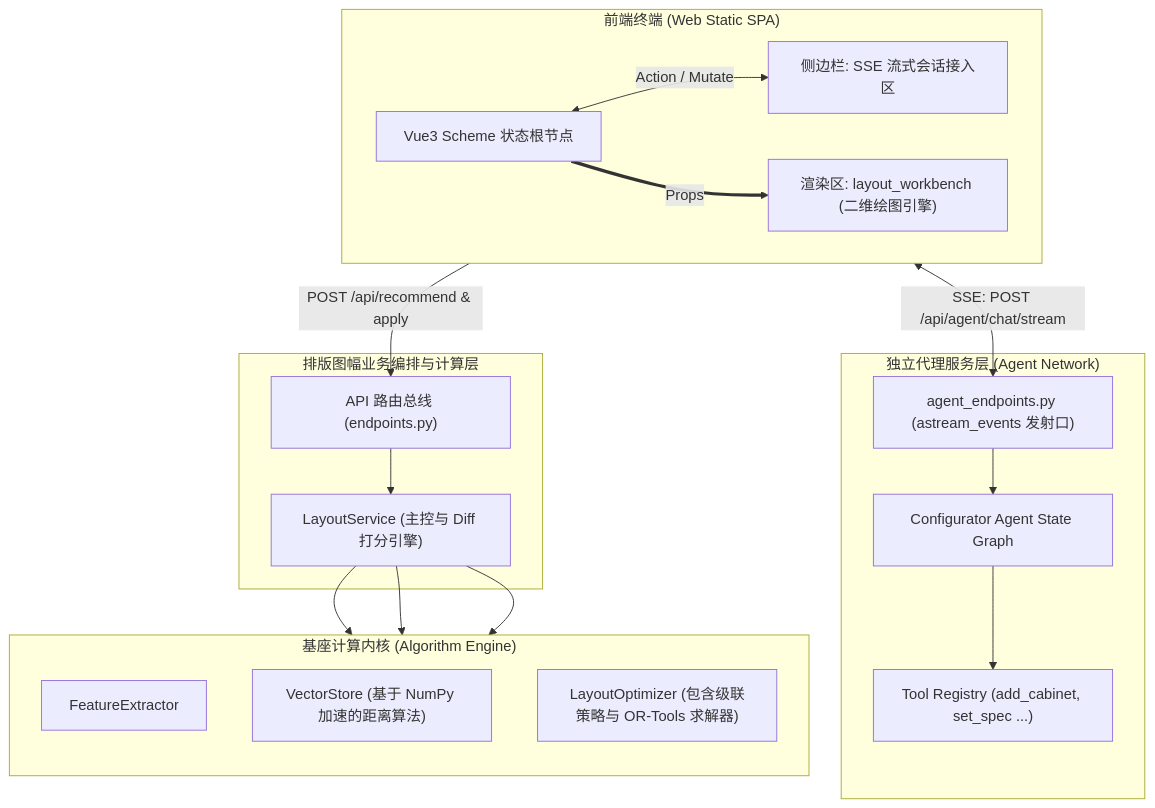
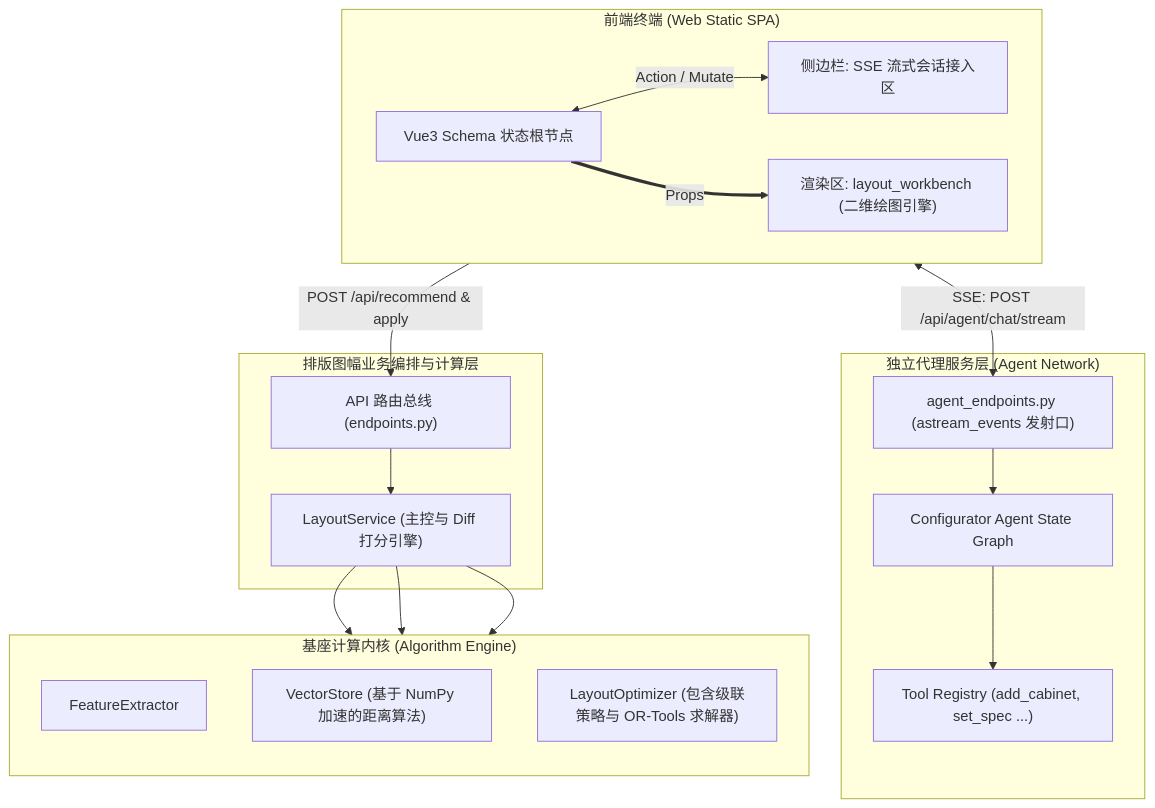
Before and after one commit to xtolly/layout-rag: the diagram in docs/4_系统架构图.md, drawn with Mermaid. The commit also changed other lines of this file and 590 other files, not shown here.

````diff
--- a/docs/4_系统架构图.md
+++ b/docs/4_系统架构图.md
@@ -7,41 +7,41 @@
 ```mermaid
 graph TB
     subgraph Frontend_App ["前端终端 (Web Static SPA)"]
         direction LR
-        Vue_State["Vue3 Scheme 状态根节点"]
+        Vue_State["Vue3 Schema 状态根节点"]
         Chat_Pane["侧边栏: SSE 流式会话接入区"]
         Iframe_Canvas["渲染区: layout_workbench (二维绘图引擎)"]
     end
 
     subgraph LangChain_Graph_Layer ["独立代理服务层 (Agent Network)"]
         ATC["agent_endpoints.py (astream_events 发射口)"]
         Config_Agent["Configurator Agent State Graph"]
         Tools["Tool Registry (add_cabinet, set_spec ...)"]
     end
 
     subgraph Service_Orchestration ["排版图幅业务编排与计算层"]
         API["API 路由总线 (endpoints.py)"]
         SVC["LayoutService (主控与 Diff 打分引擎)"]
     end
 
     subgraph Mathematical_Engine ["基座计算内核 (Algorithm Engine)"]
         direction TB
         EXT["FeatureExtractor"]
         VEC["VectorStore (基于 NumPy 加速的距离算法)"]
         OPT["LayoutOptimizer (包含级联策略与 OR-Tools 求解器)"]
     end
 
     %% Flow Config
     Vue_State <-->|"Action / Mutate"| Chat_Pane
     Vue_State ==>|"Props"| Iframe_Canvas
     
     Chat_Pane <-->|"SSE: POST /api/agent/chat/stream"| ATC
     ATC --> Config_Agent
     Config_Agent --> Tools
 
     Vue_State -->|"POST /api/recommend & apply"| API
     API --> SVC
     SVC --> EXT
     SVC --> VEC
     SVC --> OPT
 ```
````
